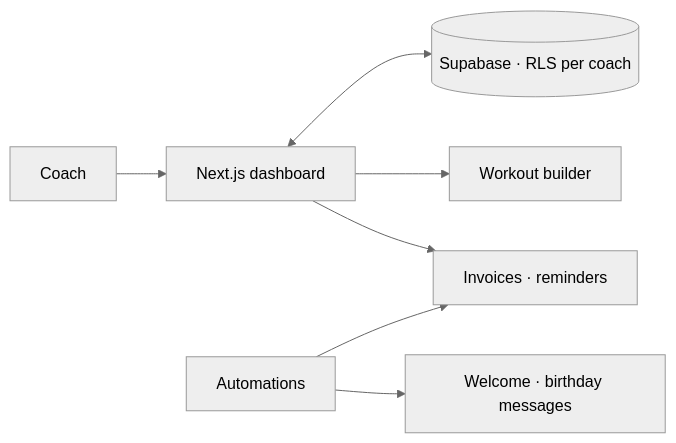
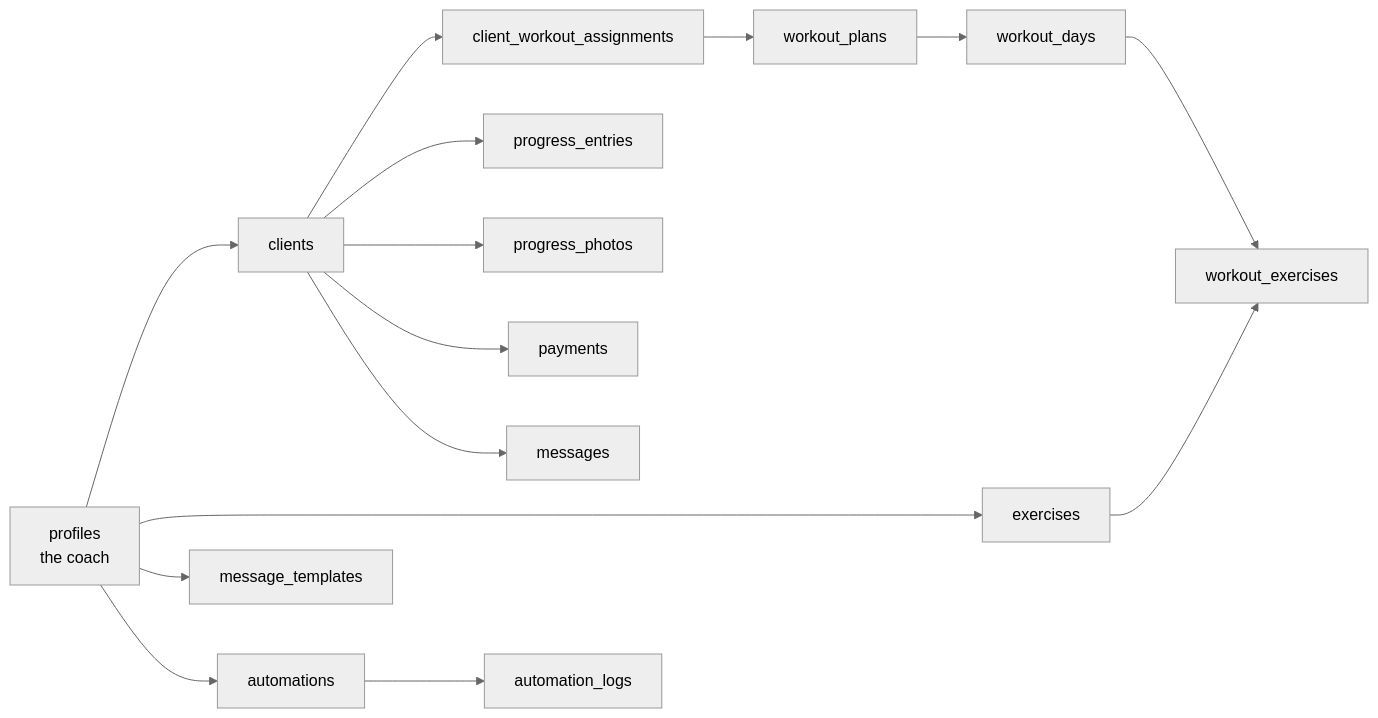
Before and after one commit to kutluhangil/SetraFitnessCRM: the diagram in README.md, drawn with Mermaid (neutral theme). The commit also changed other lines of this file and 3 other files, not shown here.

````diff
--- a/README.md
+++ b/README.md
@@ -33,9 +59,14 @@
 ```mermaid
 flowchart LR
-  COACH[Coach] --> APP[Next.js dashboard]
-  APP <--> SB[(Supabase · RLS per coach)]
-  APP --> WB[Workout builder]
-  APP --> PAY[Invoices · reminders]
-  AUTO[Automations] --> PAY
-  AUTO --> MSG[Welcome · birthday messages]
+  P[profiles<br/>the coach] --> CL[clients]
+  P --> EX[exercises]
+  EX --> WE[workout_exercises]
+  WP[workout_plans] --> WD[workout_days] --> WE
+  CL --> CWA[client_workout_assignments] --> WP
+  CL --> PE[progress_entries]
+  CL --> PP[progress_photos]
+  CL --> PAY[payments]
+  CL --> MSG[messages]
+  P --> MT[message_templates]
+  P --> AU[automations] --> AL[automation_logs]
 ```
````
